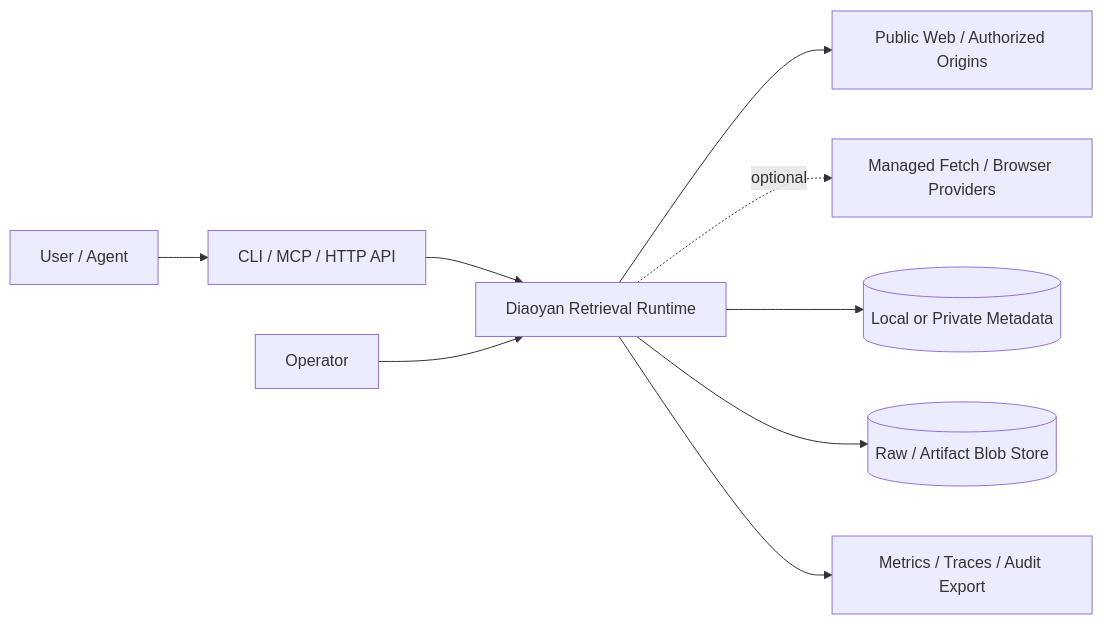
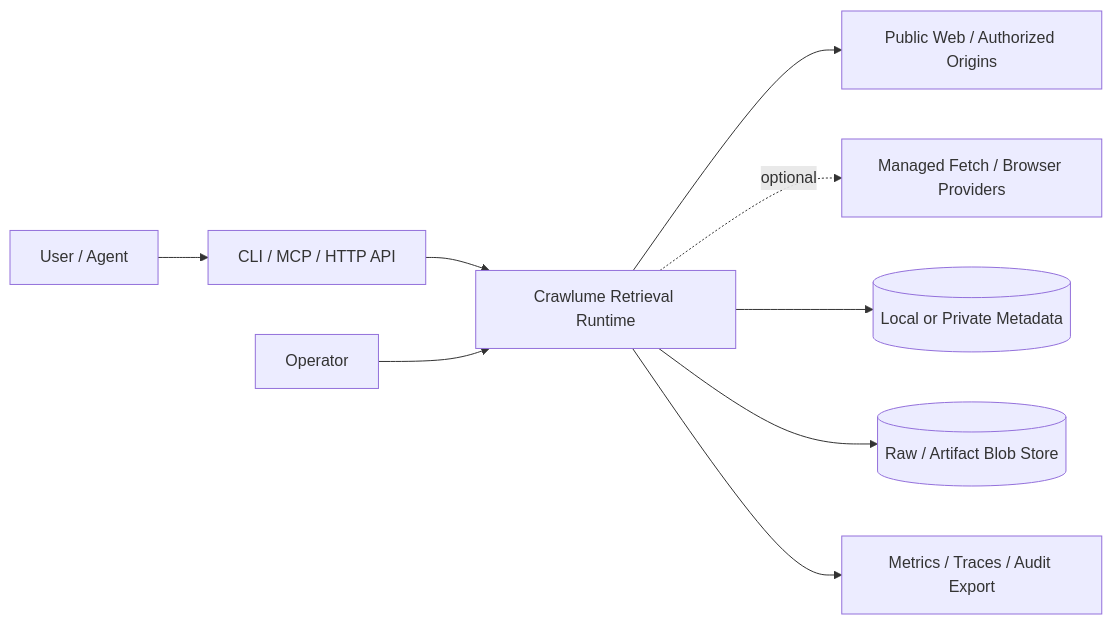
One commit to majiayu000/crawlume changed the first of 4 diagrams in docs/technology-selection-rfc.md. Above: the diagram before and after it, drawn with Mermaid. The commit also changed other lines of this file and 85 other files, not shown here.

````diff
--- a/docs/technology-selection-rfc.md
+++ b/docs/technology-selection-rfc.md
@@ -148,11 +148,11 @@
 ```mermaid
 flowchart LR
     U[User / Agent] --> E[CLI / MCP / HTTP API]
-    E --> D[Diaoyan Retrieval Runtime]
+    E --> D[Crawlume Retrieval Runtime]
     D --> W[Public Web / Authorized Origins]
     D -. optional .-> P[Managed Fetch / Browser Providers]
     D --> L[(Local or Private Metadata)]
     D --> B[(Raw / Artifact Blob Store)]
     O[Operator] --> D
     D --> O11Y[Metrics / Traces / Audit Export]
 ```
````
